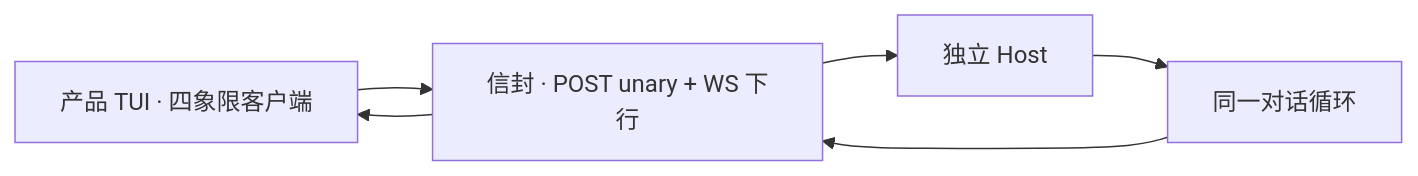
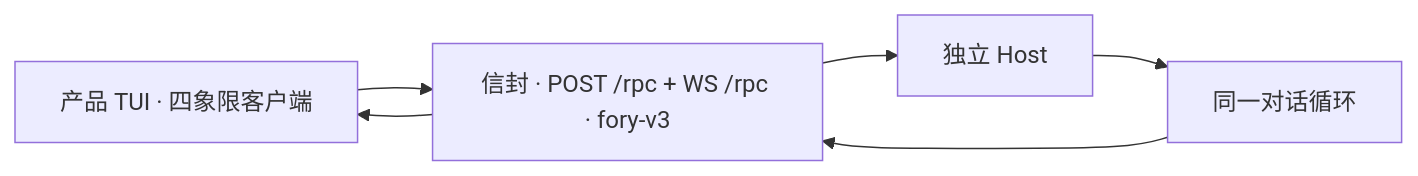
The diagram in docs/architecture/远程体验与线协议.md (StrayDragon/xylitol), drawn with Mermaid before and after one commit. The commit also changed other lines of this file and 49 other files, not shown here.

````diff
--- a/docs/architecture/远程体验与线协议.md
+++ b/docs/architecture/远程体验与线协议.md
@@ -18,8 +18,8 @@
 ```mermaid
 flowchart LR
-  TUI["产品 TUI · 四象限客户端"] --> Env["信封 · POST unary + WS 下行"]
+  TUI["产品 TUI · 四象限客户端"] --> Env["信封 · POST /rpc + WS /rpc · fory-v3"]
   Env --> Host["独立 Host"]
   Host --> Loop["同一对话循环"]
   Loop --> Env
   Env --> TUI
 ```
````
